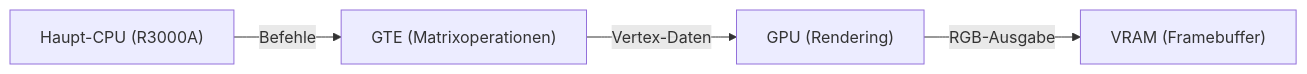
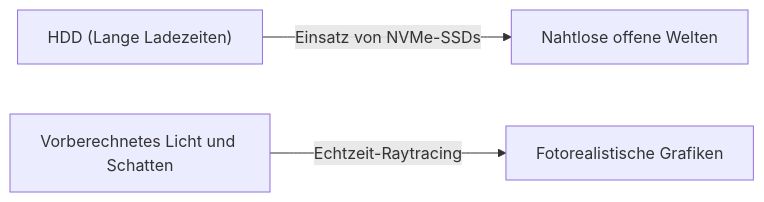
Before and after one commit to kenjinote/blog: the second of 2 diagrams in content/post/history-of-video-game-consoles/index.de.md, drawn with Mermaid. The commit also changed other lines of this file and 129 other files, not shown here.

````diff
--- a/content/post/history-of-video-game-consoles/index.de.md
+++ b/content/post/history-of-video-game-consoles/index.de.md
@@ -79,6 +61,5 @@
 ```mermaid
 graph LR
-    CPU["Haupt-CPU (R3000A)"] -- "Befehle" --> GTE["GTE (Matrixoperationen)"]
-    GTE -- "Vertex-Daten" --> GPU["GPU (Rendering)"]
-    GPU -- "RGB-Ausgabe" --> VRAM["VRAM (Framebuffer)"]
+  A["HDD (Lange Ladezeiten)"] -- "Einsatz von NVMe-SSDs" --> B["Nahtlose offene Welten"]
+  C["Vorberechnetes Licht und Schatten"] -- "Echtzeit-Raytracing" --> D["Fotorealistische Grafiken"]
 ```
````
